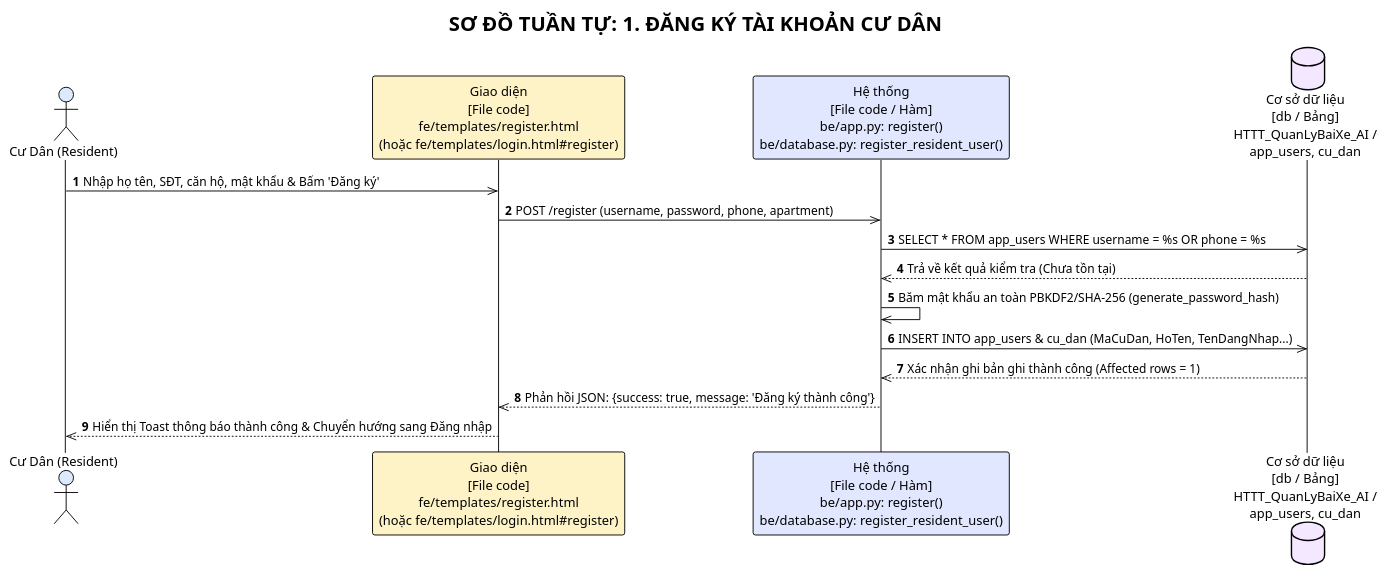
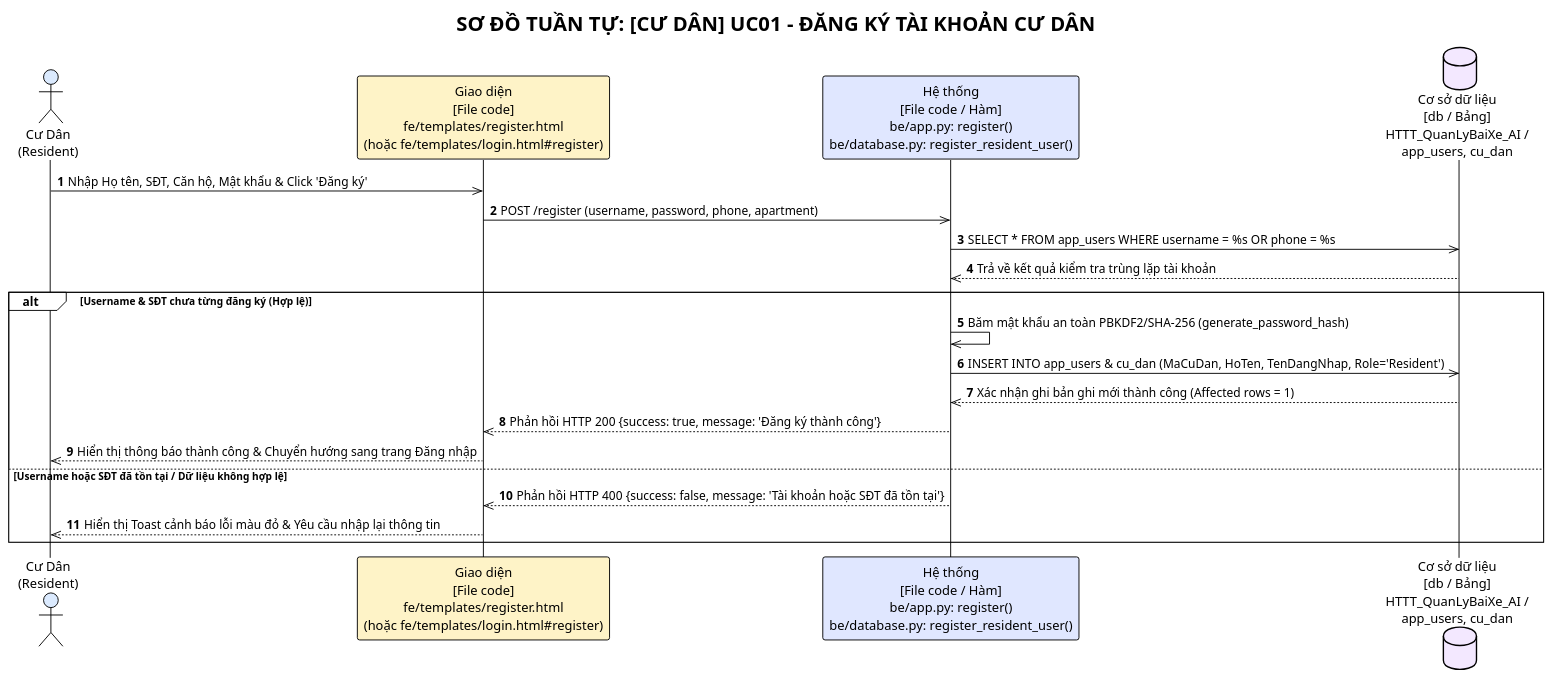
One commit to Truong027/CNPM24 changed the first of 13 diagrams in ongthanquoctruong_24CT2_cnpm/docs/SEQUENCE_DIAGRAMS.puml. Above: the diagram before and after it, drawn with PlantUML. The commit also changed other lines of this file and 26 other files, not shown here.

Commit message:
docs: update sequence diagrams with actor stick figures, alt frames, and grouped by actor

```diff
--- a/ongthanquoctruong_24CT2_cnpm/docs/SEQUENCE_DIAGRAMS.puml
+++ b/ongthanquoctruong_24CT2_cnpm/docs/SEQUENCE_DIAGRAMS.puml
@@ -6,21 +13,27 @@
-@startuml uc01_register
+@startuml uc01_resident_register
 !theme plain
-title SƠ ĐỒ TUẦN TỰ: 1. ĐĂNG KÝ TÀI KHOẢN CƯ DÂN
+title SƠ ĐỒ TUẦN TỰ: [CƯ DÂN] UC01 - ĐĂNG KÝ TÀI KHOẢN CƯ DÂN
 autonumber
 
-actor "Cư Dân (Resident)" as Actor #DBEAFE
+actor "Cư Dân\n(Resident)" as Actor #DBEAFE
 participant "Giao diện\n[File code]\nfe/templates/register.html\n(hoặc fe/templates/login.html#register)" as UI #FEF3C7
 participant "Hệ thống\n[File code / Hàm]\nbe/app.py: register()\nbe/database.py: register_resident_user()" as Sys #E0E7FF
 database "Cơ sở dữ liệu\n[db / Bảng]\nHTTT_QuanLyBaiXe_AI /\napp_users, cu_dan" as DB #F3E8FF
 
-Actor ->> UI: Nhập họ tên, SĐT, căn hộ, mật khẩu & Bấm 'Đăng ký'
+Actor ->> UI: Nhập Họ tên, SĐT, Căn hộ, Mật khẩu & Click 'Đăng ký'
 UI ->> Sys: POST /register (username, password, phone, apartment)
 Sys ->> DB: SELECT * FROM app_users WHERE username = %s OR phone = %s
-DB -->> Sys: Trả về kết quả kiểm tra (Chưa tồn tại)
-Sys ->> Sys: Băm mật khẩu an toàn PBKDF2/SHA-256 (generate_password_hash)
-Sys ->> DB: INSERT INTO app_users & cu_dan (MaCuDan, HoTen, TenDangNhap...)
-DB -->> Sys: Xác nhận ghi bản ghi thành công (Affected rows = 1)
-Sys -->> UI: Phản hồi JSON: {success: true, message: 'Đăng ký thành công'}
-UI -->> Actor: Hiển thị Toast thông báo thành công & Chuyển hướng sang Đăng nhập
+DB -->> Sys: Trả về kết quả kiểm tra trùng lặp tài khoản
+
+alt Username & SĐT chưa từng đăng ký (Hợp lệ)
+    Sys ->> Sys: Băm mật khẩu an toàn PBKDF2/SHA-256 (generate_password_hash)
+    Sys ->> DB: INSERT INTO app_users & cu_dan (MaCuDan, HoTen, TenDangNhap, Role='Resident')
+    DB -->> Sys: Xác nhận ghi bản ghi mới thành công (Affected rows = 1)
+    Sys -->> UI: Phản hồi HTTP 200 {success: true, message: 'Đăng ký thành công'}
+    UI -->> Actor: Hiển thị thông báo thành công & Chuyển hướng sang trang Đăng nhập
+else Username hoặc SĐT đã tồn tại / Dữ liệu không hợp lệ
+    Sys -->> UI: Phản hồi HTTP 400 {success: false, message: 'Tài khoản hoặc SĐT đã tồn tại'}
+    UI -->> Actor: Hiển thị Toast cảnh báo lỗi màu đỏ & Yêu cầu nhập lại thông tin
+end
 
 @enduml
```
